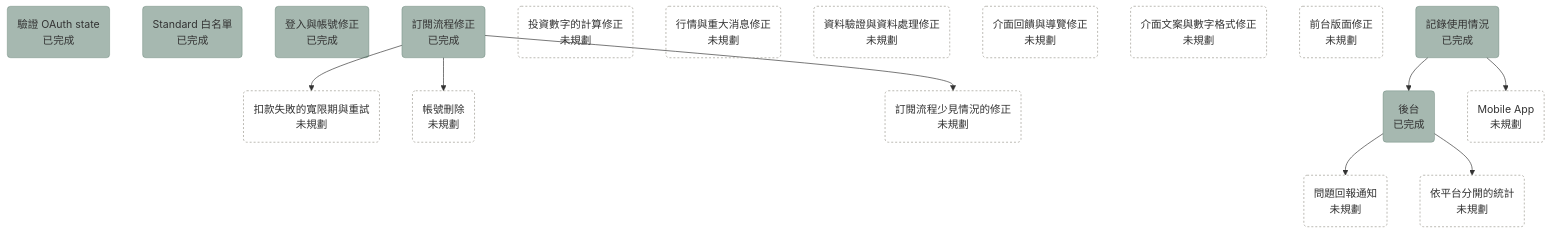
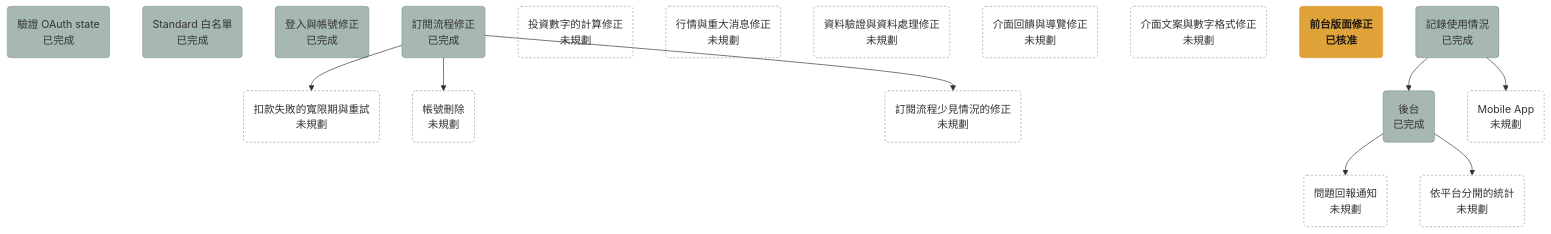
One commit to bingyangchen/taigu changed the diagram in docs/plans/roadmap.md. Above: the diagram before and after it, drawn with Mermaid. The commit also changed other lines of this file and 4 other files, not shown here.

````diff
--- a/docs/plans/roadmap.md
+++ b/docs/plans/roadmap.md
@@ -7,31 +7,31 @@
 ```mermaid
 flowchart TD
   oauth_state_check("驗證 OAuth state<br/>已完成"):::done
   standard_whitelist("Standard 白名單<br/>已完成"):::done
   login_account_fixes("登入與帳號修正<br/>已完成"):::done
   billing_fixes("訂閱流程修正<br/>已完成"):::done
   renewal_retry("扣款失敗的寬限期與重試<br/>未規劃"):::unplanned
   account_deletion("帳號刪除<br/>未規劃"):::unplanned
   billing_edge_case_fixes("訂閱流程少見情況的修正<br/>未規劃"):::unplanned
   calculation_fixes("投資數字的計算修正<br/>未規劃"):::unplanned
   market_data_fixes("行情與重大消息修正<br/>未規劃"):::unplanned
   data_fixes("資料驗證與資料處理修正<br/>未規劃"):::unplanned
   ui_feedback_fixes("介面回饋與導覽修正<br/>未規劃"):::unplanned
   copy_fixes("介面文案與數字格式修正<br/>未規劃"):::unplanned
-  frontend_layout_fixes("前台版面修正<br/>未規劃"):::unplanned
+  frontend_layout_fixes("前台版面修正<br/>已核准"):::approved
   usage_recording("記錄使用情況<br/>已完成"):::done
   admin_console("後台<br/>已完成"):::done
   issue_report_notification("問題回報通知<br/>未規劃"):::unplanned
   per_platform_stats("依平台分開的統計<br/>未規劃"):::unplanned
   mobile_app("Mobile App<br/>未規劃"):::unplanned
   usage_recording --> admin_console
   usage_recording --> mobile_app
   admin_console --> issue_report_notification
   admin_console --> per_platform_stats
   billing_fixes --> renewal_retry
   billing_fixes --> account_deletion
   billing_fixes --> billing_edge_case_fixes
   classDef done fill:#4f726280,stroke:#4f726280
   classDef approved fill:#e0a33a,stroke:#e0a33a,color:#1f1a12,font-weight:bold
   classDef unplanned fill:none,stroke:#9a978f,stroke-dasharray:3 3
 ```
````
